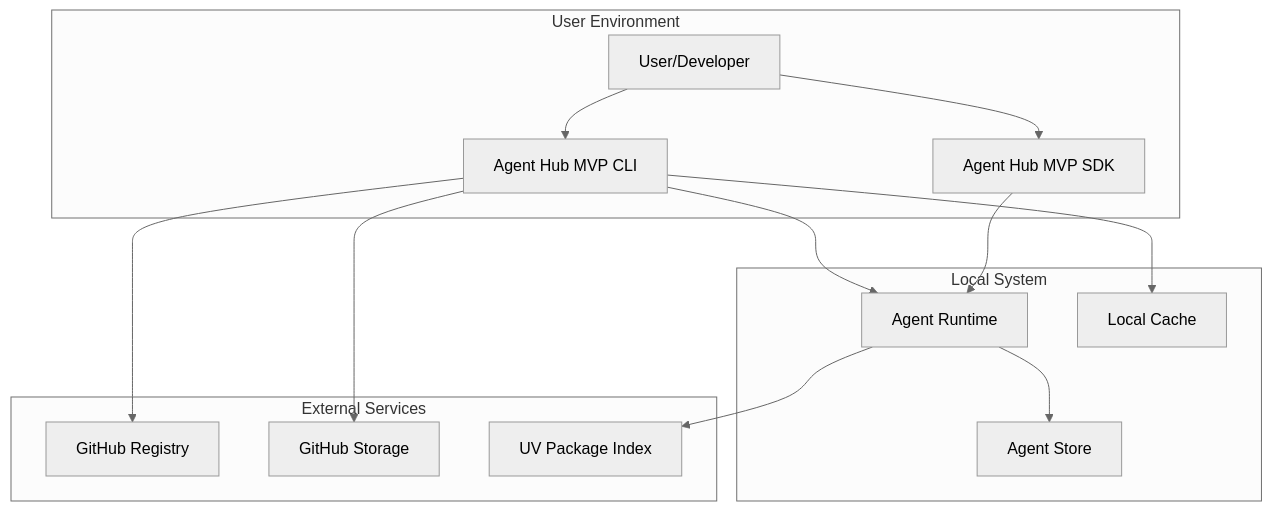
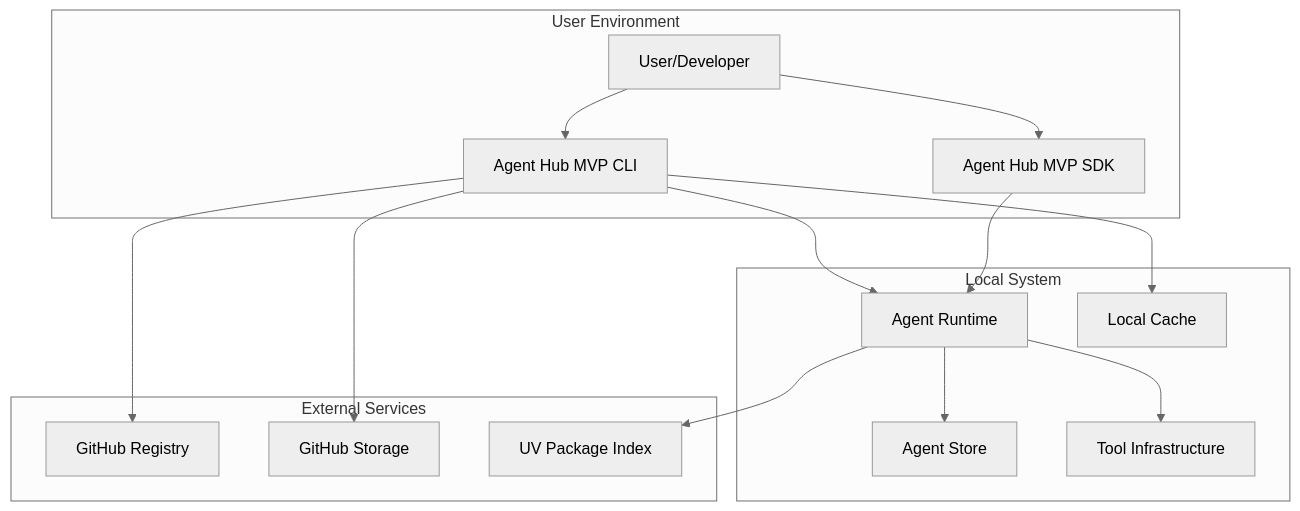
One commit to agentplug/agenthub changed the second of 4 diagrams in docs/.architecture_design/mvp/01_mvp_system_architecture.md. Above: the diagram before and after it, drawn with Mermaid (neutral theme). The commit also changed 5 other files, not shown here.

````diff
--- a/docs/.architecture_design/mvp/01_mvp_system_architecture.md
+++ b/docs/.architecture_design/mvp/01_mvp_system_architecture.md
@@ -92,30 +92,32 @@
 ```mermaid
 graph TB
     subgraph "User Environment"
         USER[User/Developer]
         CLI[Agent Hub MVP CLI]
         SDK[Agent Hub MVP SDK]
     end
     
     subgraph "Local System"
         RUNTIME[Agent Runtime]
         STORE[Agent Store]
         CACHE[Local Cache]
+        TOOL_INFRA[Tool Infrastructure]
     end
     
     subgraph "External Services"
         GITHUB[GitHub Registry]
         STORAGE[GitHub Storage]
         UV[UV Package Index]
     end
     
     USER --> CLI
     USER --> SDK
     CLI --> RUNTIME
     SDK --> RUNTIME
     RUNTIME --> STORE
+    RUNTIME --> TOOL_INFRA
     CLI --> CACHE
     CLI --> GITHUB
     CLI --> STORAGE
     RUNTIME --> UV
 ```
````
